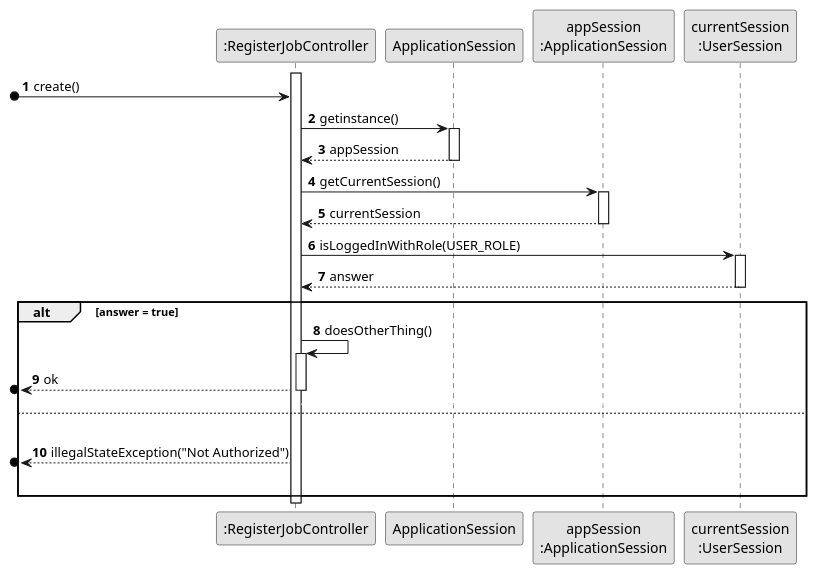
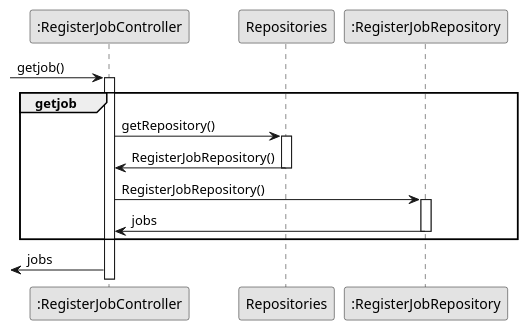
Before and after one commit to Departamento-de-Engenharia-Informatica/lei-24-s2-1dm-g132: the diagram in docs/sprintB/us002/03.design/puml/us002-sequence-diagram-controller-checking-user-authorization.puml, drawn with PlantUML. The commit also changed 1 other file, not shown here.

```diff
--- a/docs/sprintB/us002/03.design/puml/us002-sequence-diagram-controller-checking-user-authorization.puml
+++ b/docs/sprintB/us002/03.design/puml/us002-sequence-diagram-controller-checking-user-authorization.puml
@@ -1,48 +1,25 @@
 @startuml
 skinparam monochrome true
 skinparam packageStyle rectangle
 skinparam shadowing false
 
-autonumber
+ participant ":RegisterJobController" as RegisterJobController
+ participant "Repositories" as Repositories
+ participant ":RegisterJobRepository" as RegisterJobRepository
 
-'hide footbox
-participant ":RegisterJobController" as CTRL
-participant "ApplicationSession" as APPSESSIONC
-participant "appSession\n:ApplicationSession" as APPSESSIONI
-participant "currentSession\n:UserSession" as CURSESSION
+-> RegisterJobController : getjob()
+group getjob
+    activate RegisterJobController
+    RegisterJobController -> Repositories: getRepository()
+    activate Repositories
+    Repositories -> RegisterJobController : RegisterJobRepository()
+    deactivate Repositories
+    RegisterJobController -> RegisterJobRepository: RegisterJobRepository()
+    activate RegisterJobRepository
+    RegisterJobRepository -> RegisterJobController : jobs
+    deactivate RegisterJobRepository
+    end
+    <- RegisterJobController : jobs
 
-activate CTRL
-[o-> CTRL : create()
-    CTRL -> APPSESSIONC : getinstance()
-
-    activate APPSESSIONC
-        APPSESSIONC --> CTRL : appSession
-    deactivate APPSESSIONC
-
-    CTRL -> APPSESSIONI : getCurrentSession()
-    activate APPSESSIONI
-        APPSESSIONI --> CTRL : currentSession
-    deactivate APPSESSIONI
-
-    CTRL -> CURSESSION : isLoggedInWithRole(USER_ROLE)
-    activate CURSESSION
-        CURSESSION --> CTRL : answer
-    deactivate CURSESSION
-
-    alt answer = true
-        CTRL -> CTRL : doesOtherThing()
-        activate CTRL
-            [o<-- CTRL : ok
-        deactivate CTRL
-        autonumber stop
-        CTRL -[#white]> CURSESSION
-        autonumber resume
-    else
-        |||
-        [o<-- CTRL : illegalStateException("Not Authorized")
-        |||
-    end alt
-
-deactivate CTRL
 
 @enduml
```
